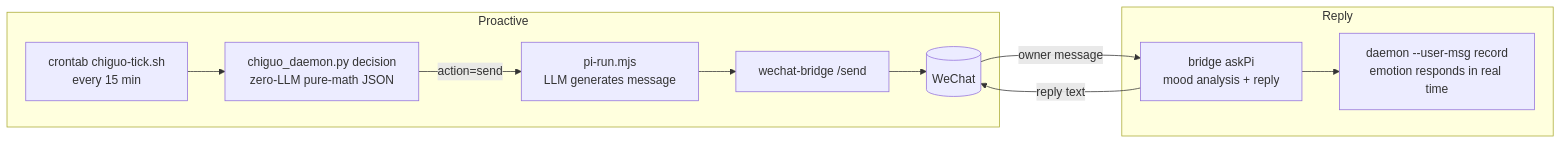
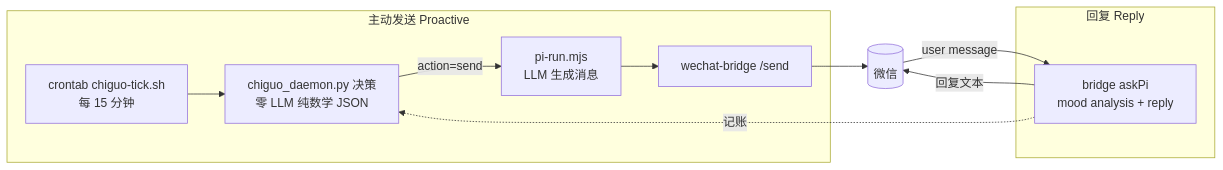
One commit to lhxyzCJ/chiguo changed the diagram in README_EN.md. Above: the diagram before and after it, drawn with Mermaid. The commit also changed other lines of this file and 3 other files, not shown here.

````diff
--- a/README_EN.md
+++ b/README_EN.md
@@ -84,14 +74,15 @@
 ```mermaid
 flowchart LR
-    subgraph Proactive
-        TICK[crontab chiguo-tick.sh<br/>every 15 min] --> D[chiguo_daemon.py decision<br/>zero-LLM pure-math JSON]
-        D -->|action=send| PI1[pi-run.mjs<br/>LLM generates message]
+    subgraph 主动发送 Proactive
+        TICK[crontab chiguo-tick.sh<br/>每 15 分钟] --> D[chiguo_daemon.py 决策<br/>零 LLM 纯数学 JSON]
+        D -->|action=send| PI1[pi-run.mjs<br/>LLM 生成消息]
         PI1 --> B[wechat-bridge /send]
-        B --> WX[(WeChat)]
     end
-    subgraph Reply
-        WX -->|owner message| BR[bridge askPi<br/>mood analysis + reply]
-        BR --> D2[daemon --user-msg record<br/>emotion responds in real time]
-        BR -->|reply text| WX
+    subgraph 回复 Reply
+        BR[bridge askPi<br/>mood analysis + reply]
     end
+    B --> WX[(微信)]
+    WX -->|user message| BR
+    BR -. 记账 .-> D
+    BR -->|回复文本| WX
 ```
````
